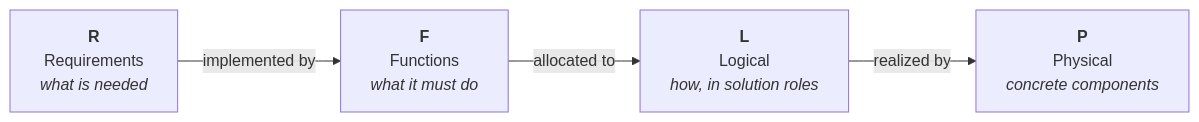
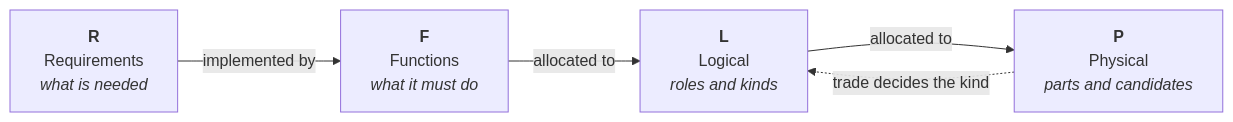
One commit to Idopt-Lab/air-vehicle-design changed the diagram in air_vehicle_design/mbse/examples/f16a/docs/README.md. Above: the diagram before and after it, drawn with Mermaid. The commit also changed other lines of this file and 26 other files, not shown here.

````diff
--- a/air_vehicle_design/mbse/examples/f16a/docs/README.md
+++ b/air_vehicle_design/mbse/examples/f16a/docs/README.md
@@ -9,8 +8,9 @@
 ```mermaid
 graph LR
   R["<b>R</b><br/>Requirements<br/><i>what is needed</i>"]
   F["<b>F</b><br/>Functions<br/><i>what it must do</i>"]
-  L["<b>L</b><br/>Logical<br/><i>how, in solution roles</i>"]
-  P["<b>P</b><br/>Physical<br/><i>concrete components</i>"]
-  R -->|implemented by| F -->|allocated to| L -->|realized by| P
+  L["<b>L</b><br/>Logical<br/><i>roles and kinds</i>"]
+  P["<b>P</b><br/>Physical<br/><i>parts and candidates</i>"]
+  R -->|implemented by| F -->|allocated to| L -->|allocated to| P
+  P -. "trade decides the kind" .-> L
 ```
````
